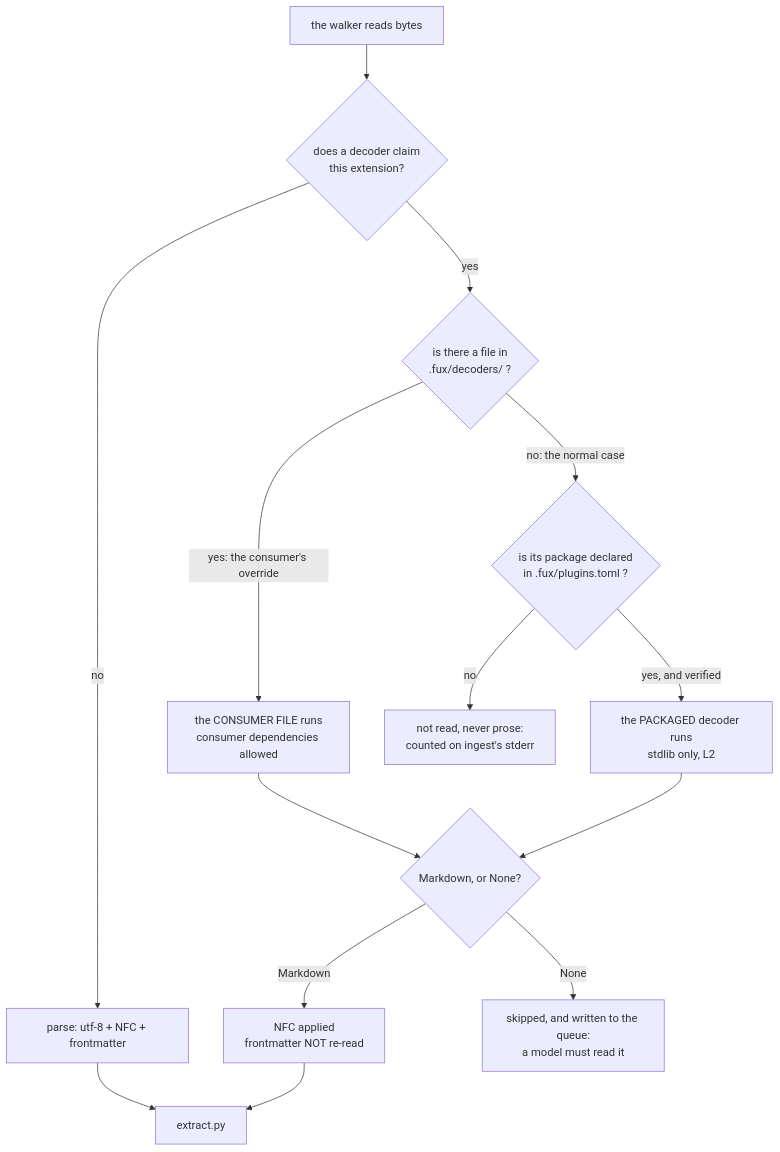
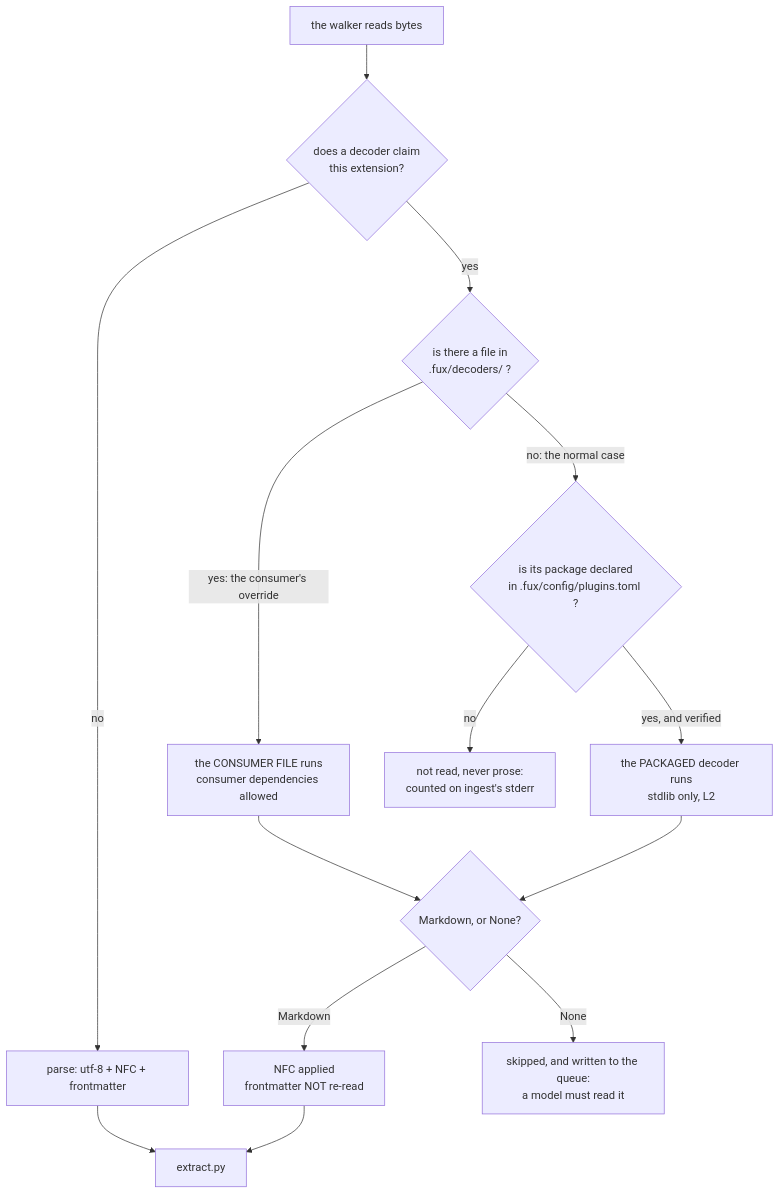
Before and after one commit to arpitarya/fux: the diagram in records/0139_decode.md, drawn with Mermaid. The commit also changed other lines of this file and 442 other files, not shown here.

First line of the commit message:
feat(w295): the eight policy TOMLs move to .fux/config/

````diff
--- a/records/0139_decode.md
+++ b/records/0139_decode.md
@@ -68,16 +68,16 @@
 ```mermaid
 flowchart TD
     W["the walker reads bytes"] --> C{"does a decoder claim<br/>this extension?"}
     C -->|no| P["parse: utf-8 + NFC + frontmatter"]
     P --> X["extract.py"]
     C -->|yes| O{"is there a file in<br/>.fux/decoders/ ?"}
     O -->|"yes: the consumer's override"| CD["the CONSUMER FILE runs<br/>consumer dependencies allowed"]
-    O -->|"no: the normal case"| D{"is its package declared<br/>in .fux/plugins.toml ?"}
+    O -->|"no: the normal case"| D{"is its package declared<br/>in .fux/config/plugins.toml ?"}
     D -->|"yes, and verified"| BD["the PACKAGED decoder runs<br/>stdlib only, L2"]
     D -->|"no"| U["not read, never prose:<br/>counted on ingest's stderr"]
     CD --> R{"Markdown, or None?"}
     BD --> R
     R -->|Markdown| N["NFC applied<br/>frontmatter NOT re-read"]
     N --> X
     R -->|None| Q["skipped, and written to the queue:<br/>a model must read it"]
 ```
````
